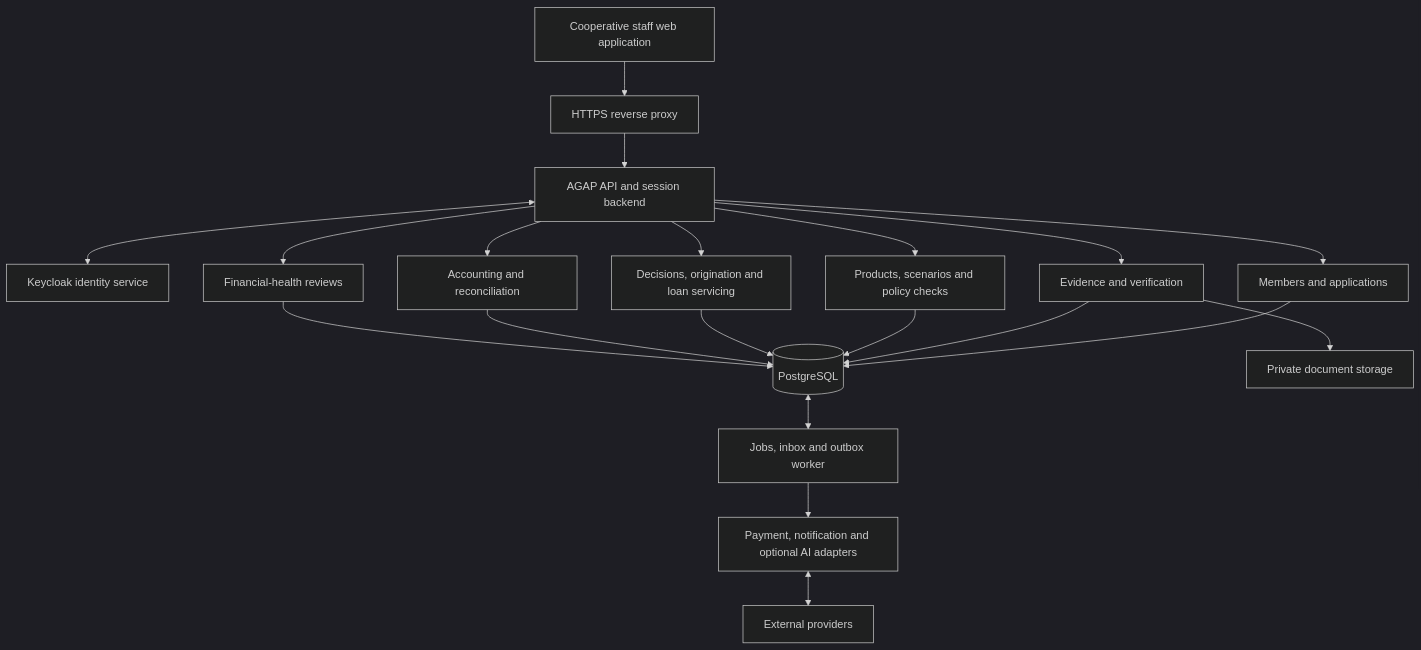
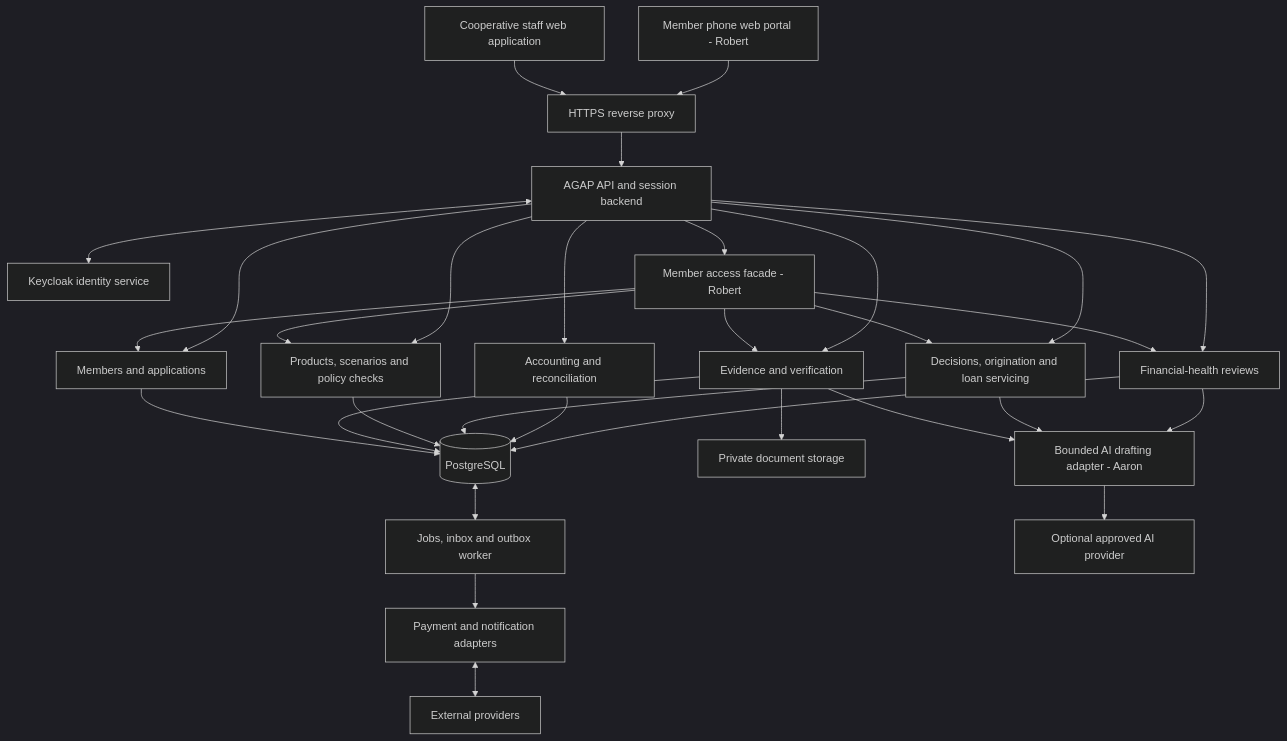
One commit to Aracena18/AGAP changed the diagram in docs/AGAP_Production_Architecture.md. Above: the diagram before and after it, drawn with Mermaid (dark theme). The commit also changed other lines of this file and 12 other files, not shown here.

Commit message:
docs: align AGAP AI, member access and team delivery plan

````diff
--- a/docs/AGAP_Production_Architecture.md
+++ b/docs/AGAP_Production_Architecture.md
@@ -28,22 +31,33 @@
 ```mermaid
 flowchart TB
   Staff[Cooperative staff web application] --> Edge[HTTPS reverse proxy]
+  Phone[Member phone web portal - Robert] --> Edge
   Edge --> API[AGAP API and session backend]
   API <--> IdP[Keycloak identity service]
+  API --> Portal[Member access facade - Robert]
+  Portal --> Members
+  Portal --> Evidence
+  Portal --> Credit
+  Portal --> Loans
+  Portal --> Health
   API --> Members[Members and applications]
   API --> Evidence[Evidence and verification]
   API --> Credit[Products, scenarios and policy checks]
   API --> Loans[Decisions, origination and loan servicing]
   API --> Accounting[Accounting and reconciliation]
   API --> Health[Financial-health reviews]
   Members --> DB[(PostgreSQL)]
   Evidence --> DB
   Credit --> DB
   Loans --> DB
   Accounting --> DB
   Health --> DB
   Evidence --> Files[Private document storage]
+  Evidence --> AI[Bounded AI drafting adapter - Aaron]
+  Loans --> AI
+  Health --> AI
   DB <--> Worker[Jobs, inbox and outbox worker]
-  Worker --> Adapters[Payment, notification and optional AI adapters]
+  Worker --> Adapters[Payment and notification adapters]
   Adapters <--> External[External providers]
+  AI --> AIProvider[Optional approved AI provider]
 ```
````
